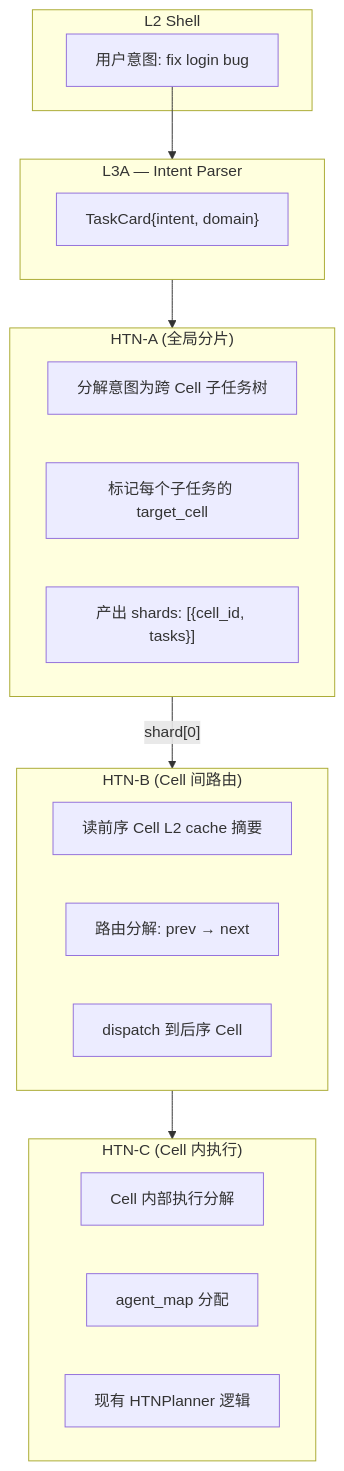
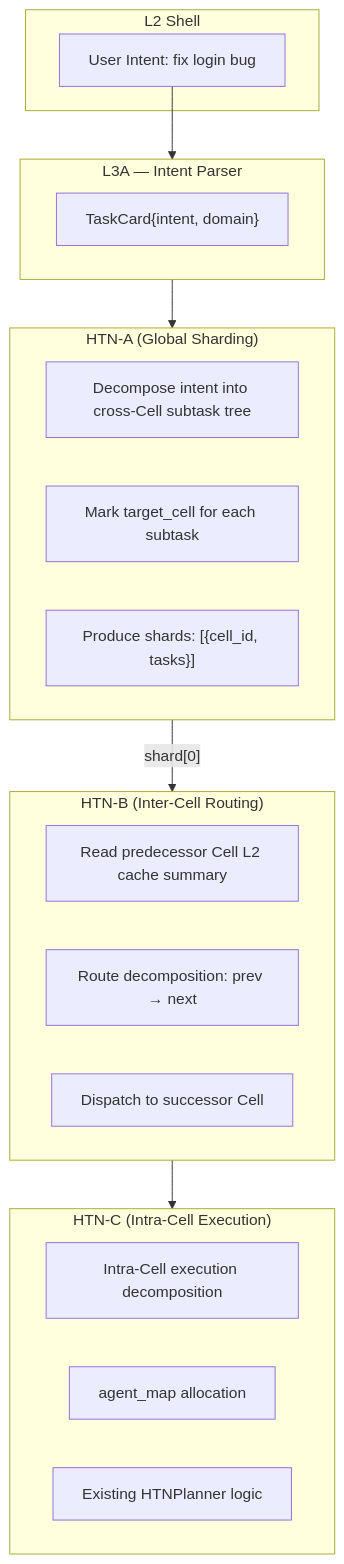
One commit to guilingzhouyi-creator/Praxis-Agent-OS changed the first of 2 diagrams in docs/architecture/deep-dive/cross-cell-htn.md. Above: the diagram before and after it, drawn with Mermaid. The commit also changed other lines of this file and 165 other files, not shown here.

````diff
--- a/docs/architecture/deep-dive/cross-cell-htn.md
+++ b/docs/architecture/deep-dive/cross-cell-htn.md
@@ -33,33 +33,33 @@
 ```mermaid
 flowchart TB
     subgraph L2["L2 Shell"]
-        INPUT["用户意图: fix login bug"]
+        INPUT["User Intent: fix login bug"]
     end
 
     subgraph L3A["L3A — Intent Parser"]
         CARD["TaskCard{intent, domain}"]
     end
 
-    subgraph HTNA["HTN-A (全局分片)"]
-        A1["分解意图为跨 Cell 子任务树"]
-        A2["标记每个子任务的 target_cell"]
-        A3["产出 shards: [{cell_id, tasks}]"]
+    subgraph HTNA["HTN-A (Global Sharding)"]
+        A1["Decompose intent into cross-Cell subtask tree"]
+        A2["Mark target_cell for each subtask"]
+        A3["Produce shards: [{cell_id, tasks}]"]
     end
 
-    subgraph HTNB["HTN-B (Cell 间路由)"]
-        B1["读前序 Cell L2 cache 摘要"]
-        B2["路由分解: prev → next"]
-        B3["dispatch 到后序 Cell"]
+    subgraph HTNB["HTN-B (Inter-Cell Routing)"]
+        B1["Read predecessor Cell L2 cache summary"]
+        B2["Route decomposition: prev → next"]
+        B3["Dispatch to successor Cell"]
     end
 
-    subgraph HTNC["HTN-C (Cell 内执行)"]
-        C1["Cell 内部执行分解"]
-        C2["agent_map 分配"]
-        C3["现有 HTNPlanner 逻辑"]
+    subgraph HTNC["HTN-C (Intra-Cell Execution)"]
+        C1["Intra-Cell execution decomposition"]
+        C2["agent_map allocation"]
+        C3["Existing HTNPlanner logic"]
     end
 
     INPUT --> L3A
     L3A --> HTNA
     HTNA -->|"shard[0]"| HTNB
     HTNB --> HTNC
 ```
````
